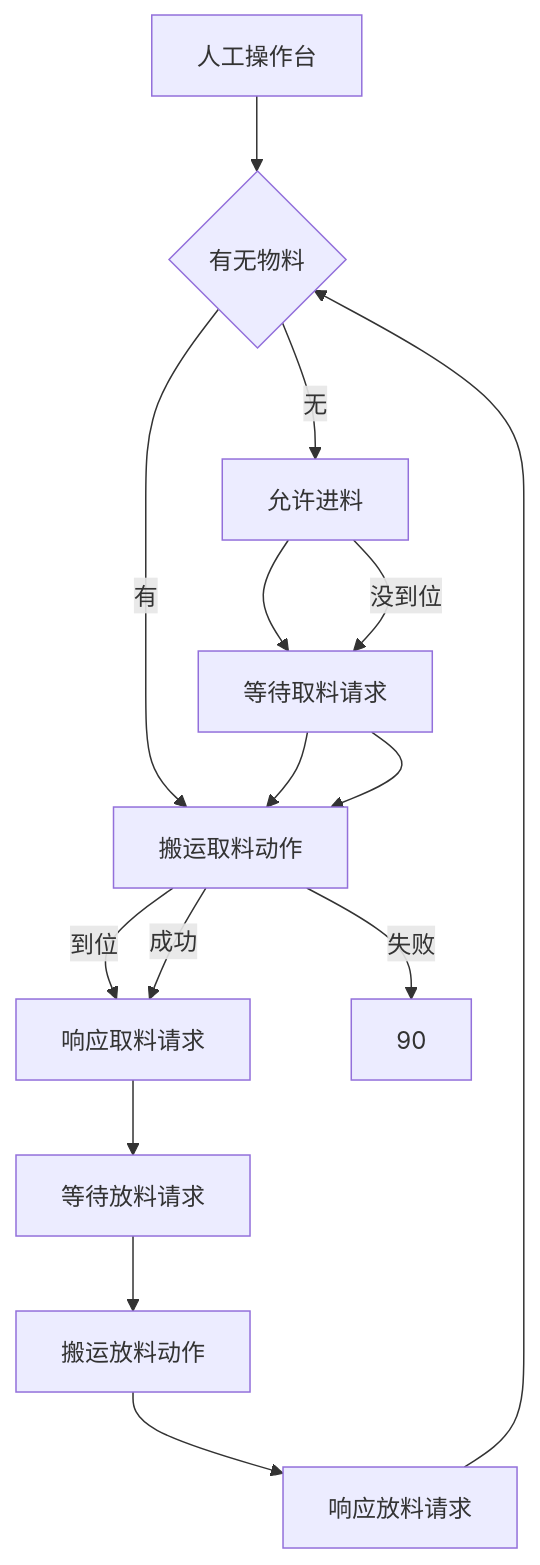
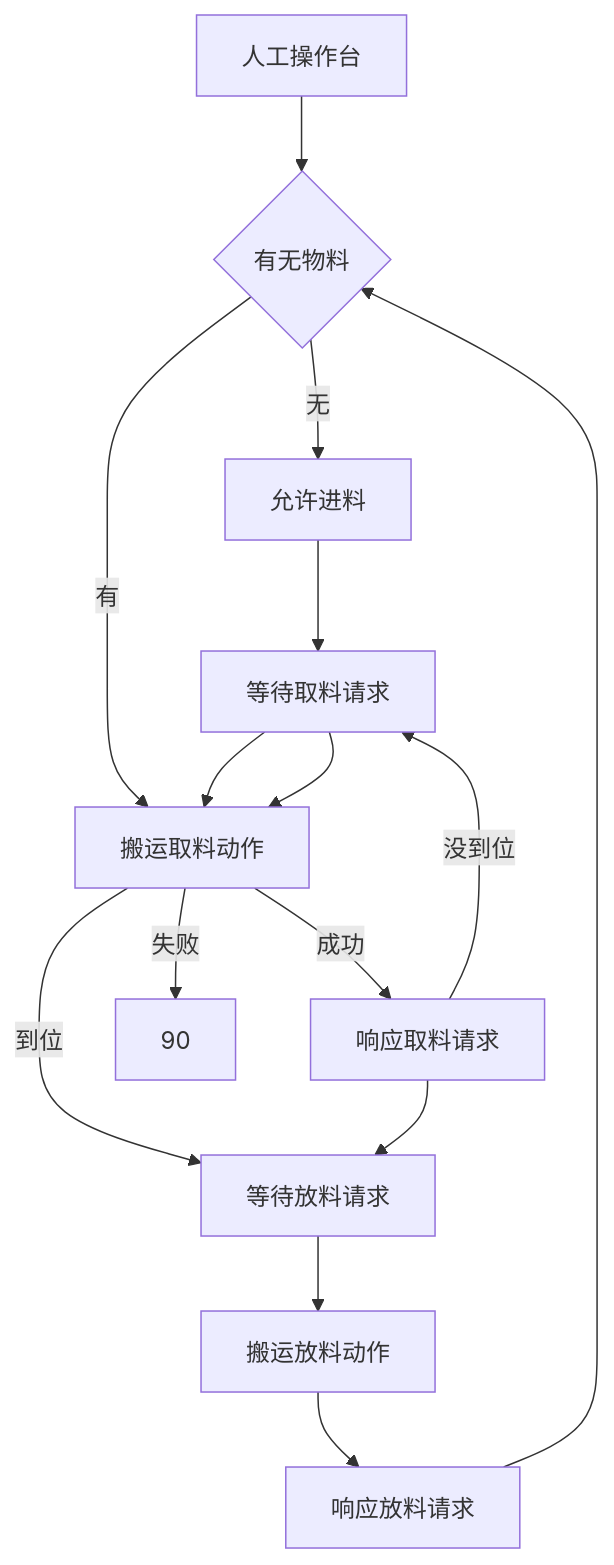
Before and after one commit to PengKun1/iodraw-files: the diagram in all/未命名-4.md, drawn with Mermaid.

Commit message:
2024-12-20 14:46:52 update

````diff
--- a/all/未命名-4.md
+++ b/all/未命名-4.md
@@ -1,17 +1,17 @@
 ```mermaid
 graph TD
 0[人工操作台]-->10
 10{有无物料}-->|无|20
 10-->|有|40
 20[允许进料]-->30
 30[前工位出料中]-->40
-40{是否到位}-->|到位|50
-20-->|没到位|30
+40{是否到位}-->|到位|60
+50-->|没到位|30
 30[等待取料请求]-->40
 40[搬运取料动作]-->|成功|50
 40-->|失败|90
 50[响应取料请求]-->60
 60[等待放料请求]-->70
 70[搬运放料动作]-->80
 80[响应放料请求]-->10
 ```
````
